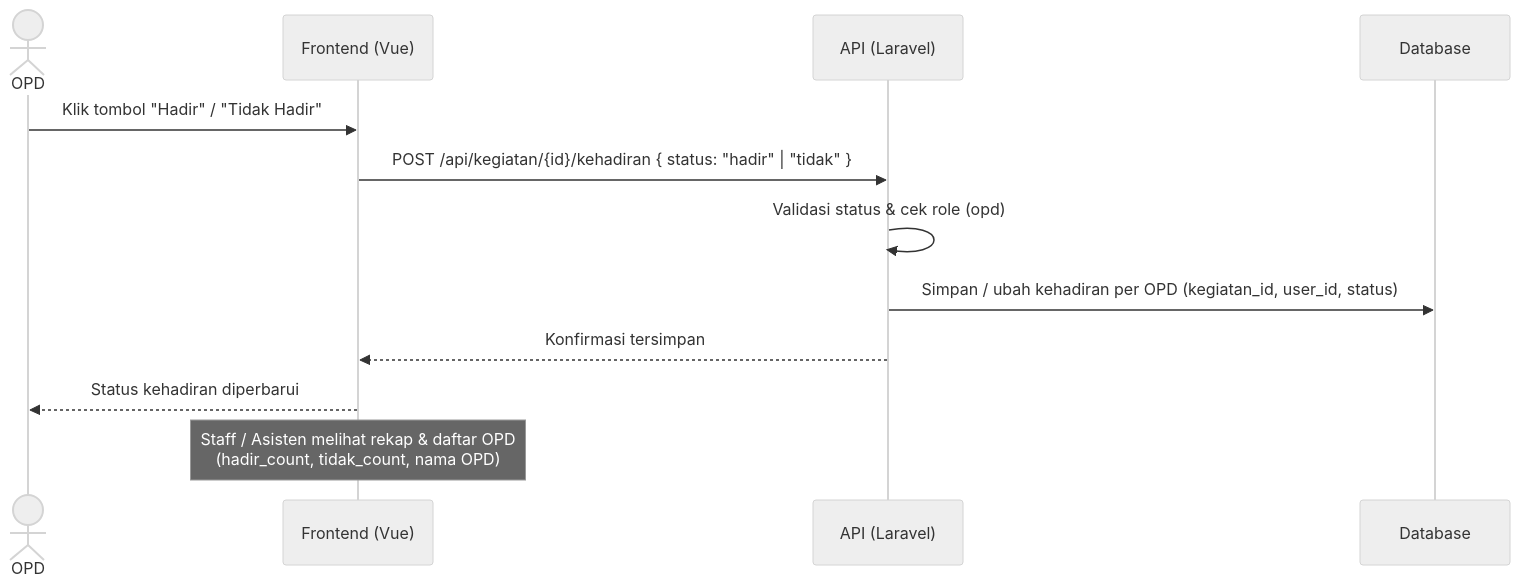
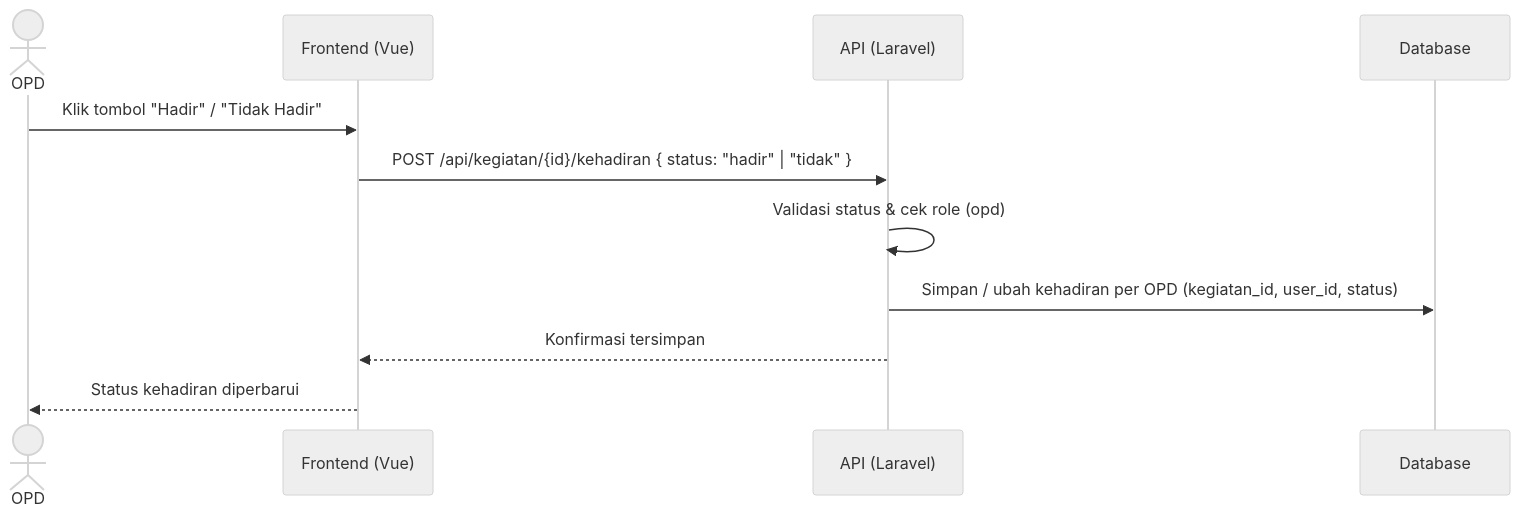
Before and after one commit to cisnatinnov/SI_Pengelolaan_Data_Agenda: the ninth of 28 diagrams in laravel-vue-mvc/docs/UML_Documentation.md, drawn with Mermaid (neutral theme). The commit also changed other lines of this file and 44 other files, not shown here.

First line of the commit message:
Add and update diagrams for various features; remove outdated diagrams

````diff
--- a/laravel-vue-mvc/docs/UML_Documentation.md
+++ b/laravel-vue-mvc/docs/UML_Documentation.md
@@ -320,17 +386,15 @@
 ```mermaid
 sequenceDiagram
     actor OPD
     participant UI as Frontend (Vue)
     participant API as API (Laravel)
     participant DB as Database
 
     OPD->>UI: Klik tombol "Hadir" / "Tidak Hadir"
     UI->>API: POST /api/kegiatan/{id}/kehadiran { status: "hadir" | "tidak" }
 
     API->>API: Validasi status & cek role (opd)
     API->>DB: Simpan / ubah kehadiran per OPD (kegiatan_id, user_id, status)
     API-->>UI: Konfirmasi tersimpan
     UI-->>OPD: Status kehadiran diperbarui
-
-    Note over UI: Staff / Asisten melihat rekap & daftar OPD<br/>(hadir_count, tidak_count, nama OPD)
 ```
````
